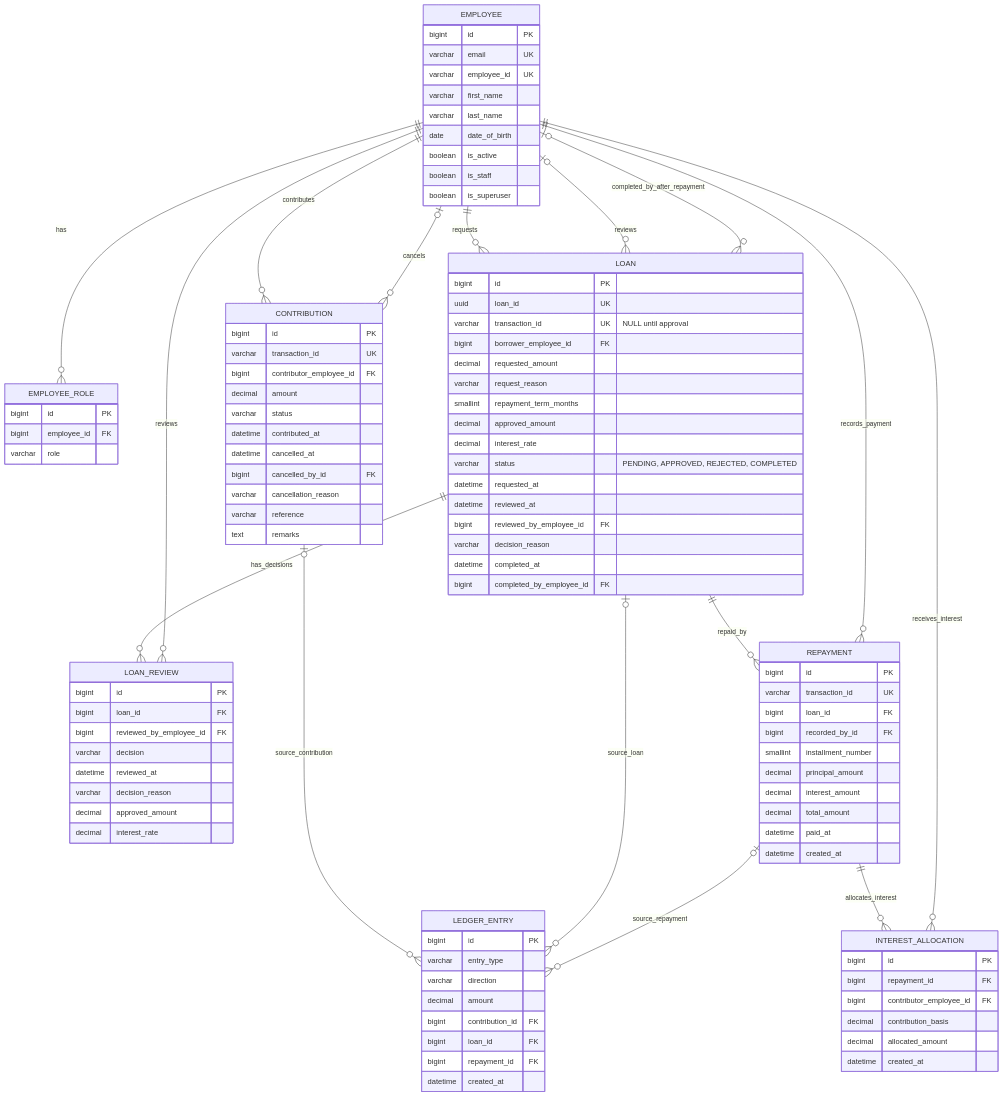
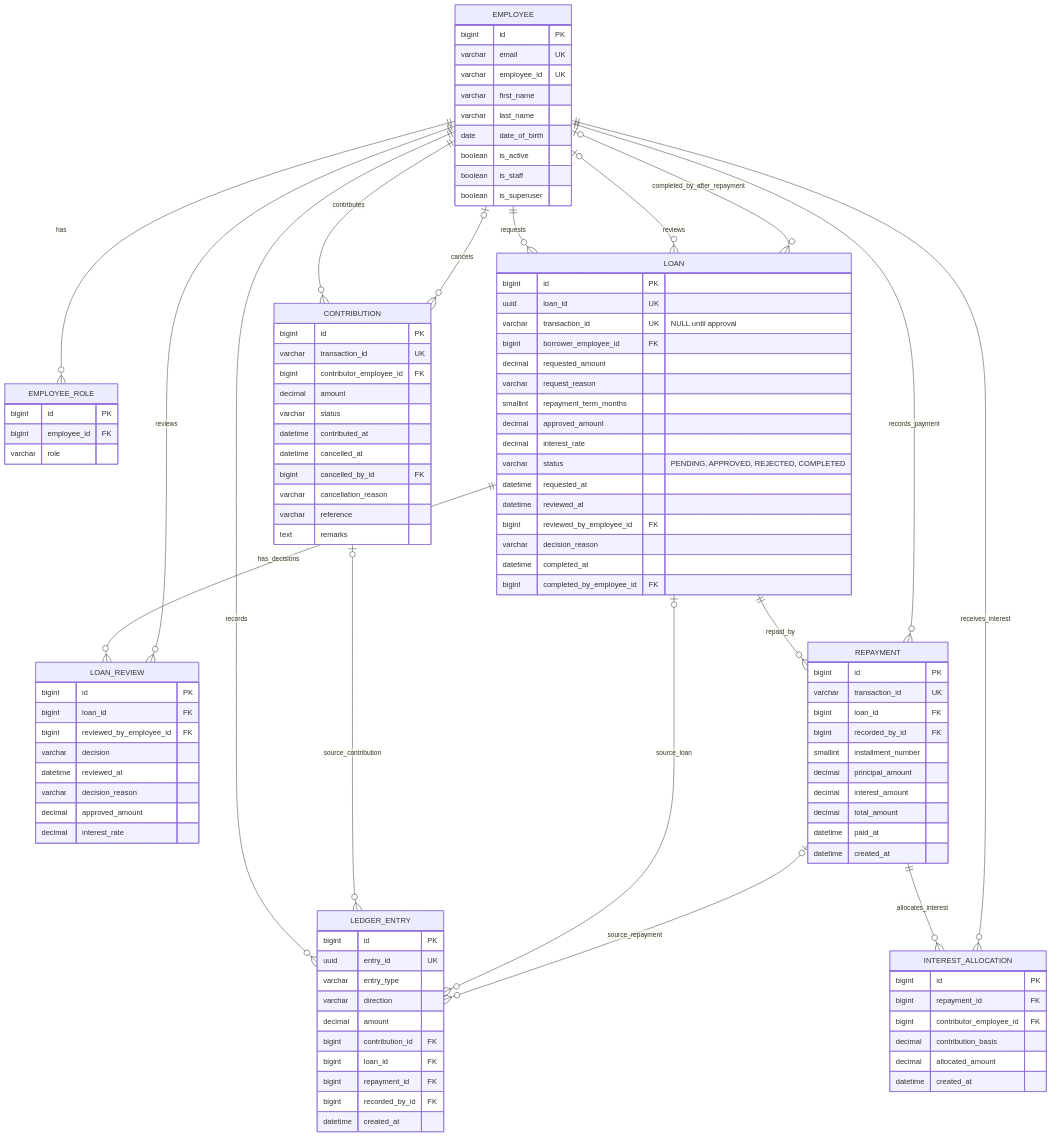
The second of 3 diagrams in docs/ERD.md (Gowthamraj-Bommannan/lending_system), drawn with Mermaid before and after one commit. The commit also changed other lines of this file and 20 other files, not shown here.

Commit message:
Added ledger entry app

````diff
--- a/docs/ERD.md
+++ b/docs/ERD.md
@@ -122,6 +139,7 @@
     EMPLOYEE ||--o{ LOAN_REVIEW : reviews
     LOAN ||--o{ REPAYMENT : repaid_by
     EMPLOYEE ||--o{ REPAYMENT : records_payment
+    EMPLOYEE ||--o{ LEDGER_ENTRY : records
     REPAYMENT ||--o{ INTEREST_ALLOCATION : allocates_interest
     EMPLOYEE ||--o{ INTEREST_ALLOCATION : receives_interest
     CONTRIBUTION o|--o{ LEDGER_ENTRY : source_contribution
@@ -214,12 +232,14 @@
 
     LEDGER_ENTRY {
         bigint id PK
+        uuid entry_id UK
         varchar entry_type
         varchar direction
         decimal amount
         bigint contribution_id FK
         bigint loan_id FK
         bigint repayment_id FK
+        bigint recorded_by_id FK
         datetime created_at
     }
 ```
````
